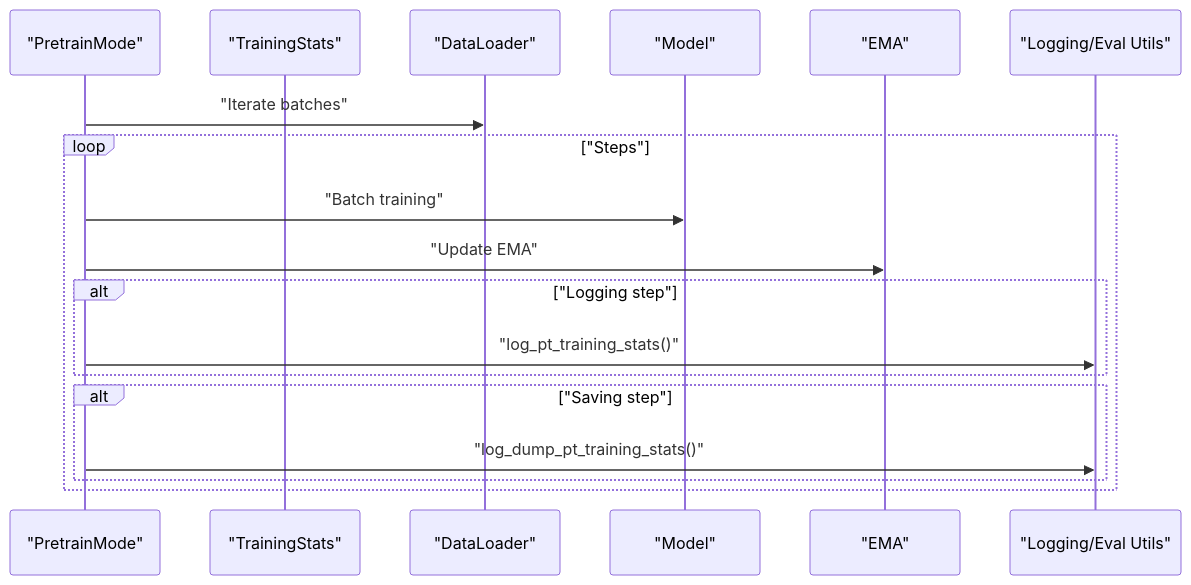
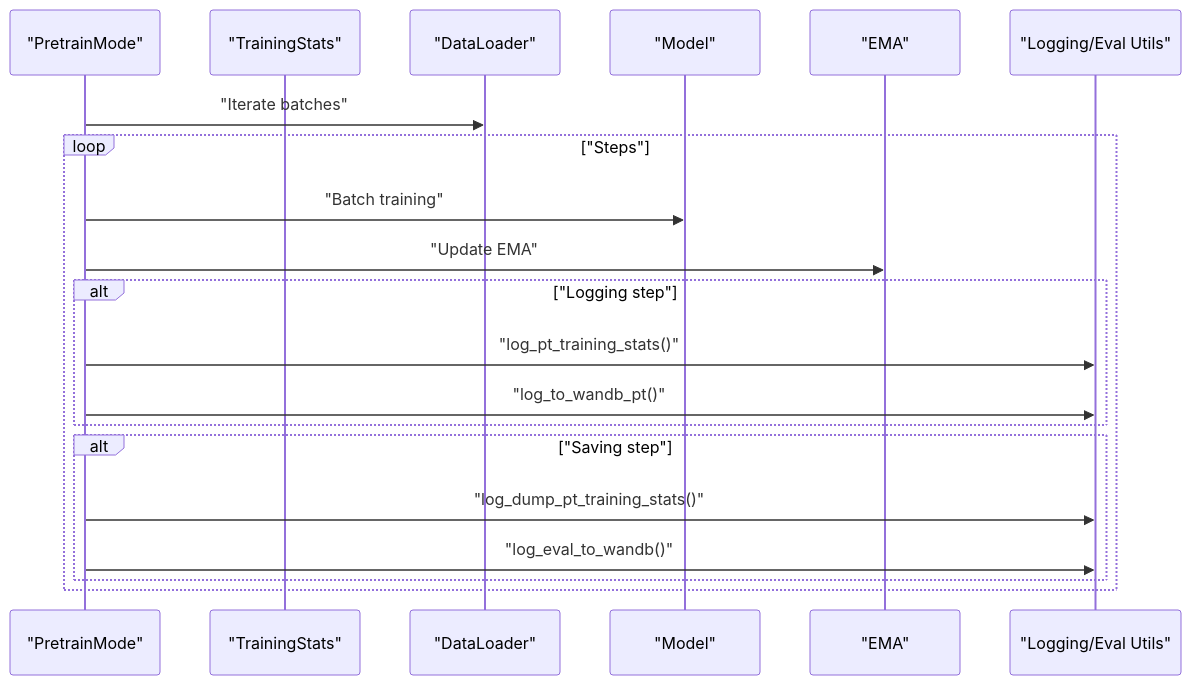
The sixth of 11 diagrams in .qoder/repowiki/en/content/Pre-training System/Pre-training Pipeline Execution.md (alibaba/graph-gpt), drawn with Mermaid before and after one commit. The commit also changed other lines of this file and 7 other files, not shown here.

````diff
--- a/.qoder/repowiki/en/content/Pre-training System/Pre-training Pipeline Execution.md
+++ b/.qoder/repowiki/en/content/Pre-training System/Pre-training Pipeline Execution.md
@@ -262,20 +276,22 @@
 ```mermaid
 sequenceDiagram
 participant Mode as "PretrainMode"
 participant Stats as "TrainingStats"
 participant Loader as "DataLoader"
 participant Model as "Model"
 participant EMA as "EMA"
 participant Log as "Logging/Eval Utils"
 Mode->>Loader : "Iterate batches"
 loop "Steps"
 Mode->>Model : "Batch training"
 Mode->>EMA : "Update EMA"
 alt "Logging step"
 Mode->>Log : "log_pt_training_stats()"
+Mode->>Log : "log_to_wandb_pt()"
 end
 alt "Saving step"
 Mode->>Log : "log_dump_pt_training_stats()"
+Mode->>Log : "log_eval_to_wandb()"
 end
 end
 ```
````
